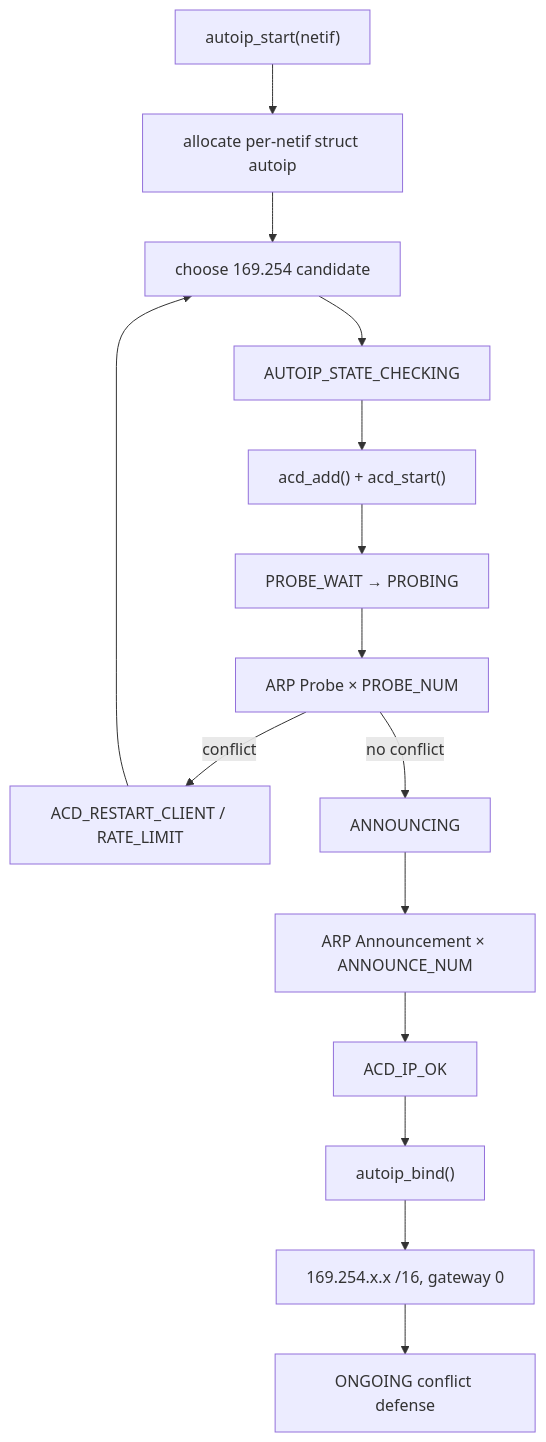
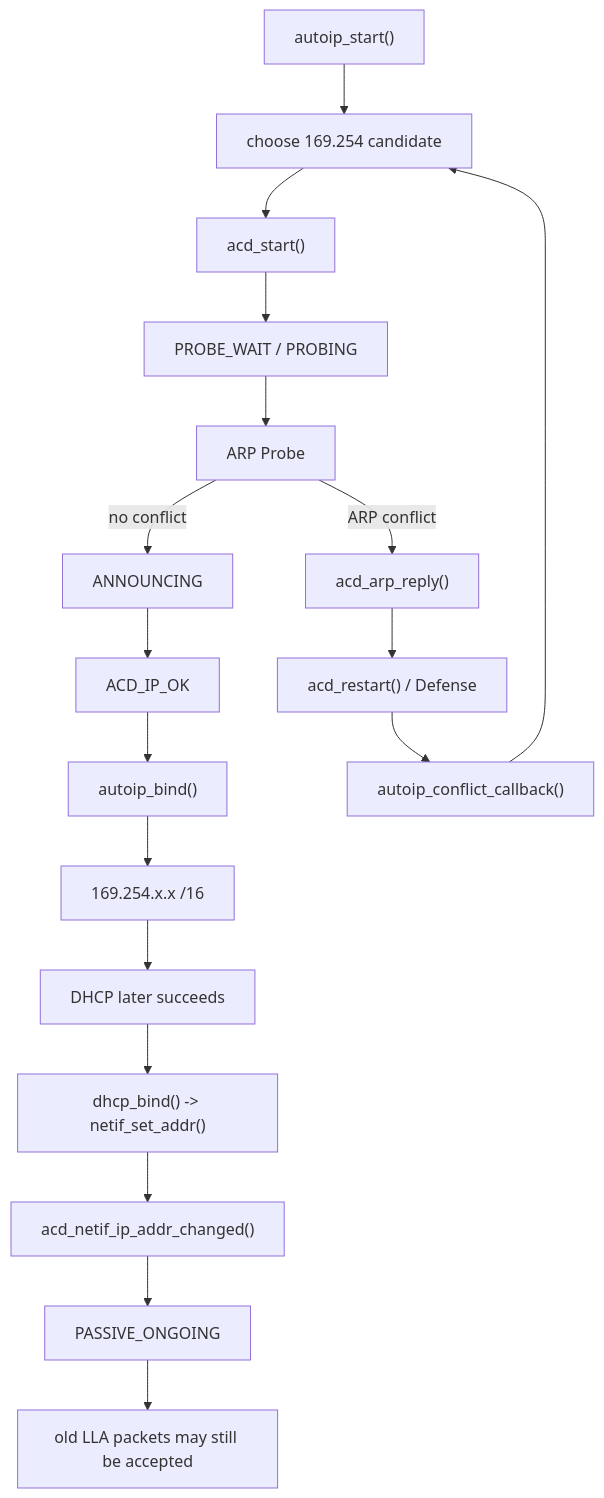
One commit to wdfk-prog/lwIP-Source-Lab changed the sixth of 6 diagrams in docs/25-autoip-ipv4-link-local.md. Above: the diagram before and after it, drawn with Mermaid. The commit also changed other lines of this file and 49 other files, not shown here.

````diff
--- a/docs/25-autoip-ipv4-link-local.md
+++ b/docs/25-autoip-ipv4-link-local.md
@@ -469,17 +856,20 @@
 ```mermaid
 flowchart TD
-    A["autoip_start(netif)"] --> B["allocate per-netif struct autoip"]
-    B --> C["choose 169.254 candidate"]
-    C --> D["AUTOIP_STATE_CHECKING"]
-    D --> E["acd_add() + acd_start()"]
-    E --> F["PROBE_WAIT → PROBING"]
-    F --> G["ARP Probe × PROBE_NUM"]
-    G -->|conflict| H["ACD_RESTART_CLIENT / RATE_LIMIT"]
-    H --> C
-    G -->|no conflict| I["ANNOUNCING"]
-    I --> J["ARP Announcement × ANNOUNCE_NUM"]
-    J --> K["ACD_IP_OK"]
-    K --> L["autoip_bind()"]
-    L --> M["169.254.x.x /16, gateway 0"]
-    M --> N["ONGOING conflict defense"]
+    A["autoip_start()"] --> B["choose 169.254 candidate"]
+    B --> C["acd_start()"]
+    C --> D["PROBE_WAIT / PROBING"]
+    D --> E["ARP Probe"]
+    E -->|"no conflict"| F["ANNOUNCING"]
+    F --> G["ACD_IP_OK"]
+    G --> H["autoip_bind()"]
+    H --> I["169.254.x.x /16"]
+    E -->|"ARP conflict"| J["acd_arp_reply()"]
+    J --> K["acd_restart() / Defense"]
+    K --> L["autoip_conflict_callback()"]
+    L --> B
+    I --> M["DHCP later succeeds"]
+    M --> N["dhcp_bind() -> netif_set_addr()"]
+    N --> O["acd_netif_ip_addr_changed()"]
+    O --> P["PASSIVE_ONGOING"]
+    P --> Q["old LLA packets may still be accepted"]
 ```
````
